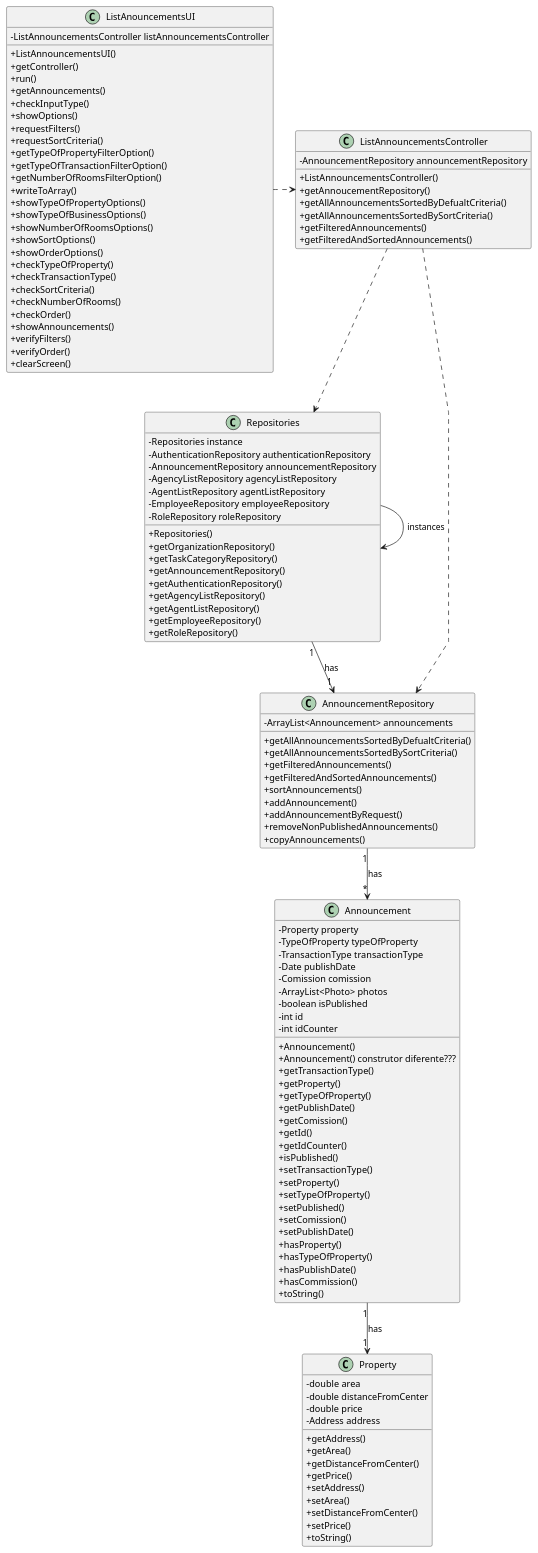
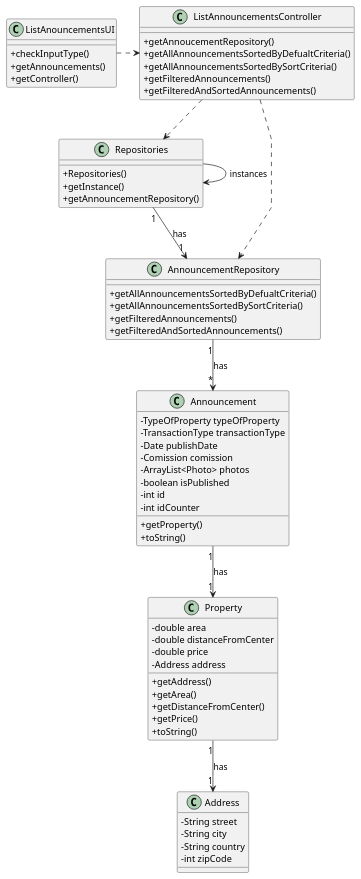
One commit to Goncalves2525/real-estate-management-system changed the diagram in docs/sprintB/global-artifacts/03.design/puml/class-diagram.puml. Above: the diagram before and after it, drawn with PlantUML. The commit also changed 20 other files, not shown here.

Commit message:
Finished tests for AnnouncementRepository and made modifications to design

```diff
--- a/docs/sprintB/global-artifacts/03.design/puml/class-diagram.puml
+++ b/docs/sprintB/global-artifacts/03.design/puml/class-diagram.puml
@@ -1,152 +1,87 @@
 @startuml
 'skinparam monochrome true
 skinparam packageStyle rectangle
 skinparam shadowing false
 skinparam linetype polyline
 'skinparam linetype orto
 
 skinparam classAttributeIconSize 0
 
 'left to right directio
 class Property{
-    - double area
-    - double distanceFromCenter
-    - double price
-    - Address address
-    + getAddress()
-    + getArea()
-    + getDistanceFromCenter()
-    + getPrice()
-    + setAddress()
-    + setArea()
-    + setDistanceFromCenter()
-    + setPrice()
-    + toString()
+      - double area
+      - double distanceFromCenter
+      - double price
+      - Address address
+      + getAddress()
+      + getArea()
+      + getDistanceFromCenter()
+      + getPrice()
+      + toString()
 }
 
 class Announcement {
-    - Property property
-    - TypeOfProperty typeOfProperty
-    - TransactionType transactionType
-    - Date publishDate
-    - Comission comission
-    - ArrayList<Photo> photos
-    - boolean isPublished
-    - int id
-    - int idCounter
-    + Announcement()
-    + Announcement() construtor diferente???
-    + getTransactionType()
-    + getProperty()
-    + getTypeOfProperty()
-    + getPublishDate()
-    + getComission()
-    + getId()
-    + getIdCounter()
-    + isPublished()
-    + setTransactionType()
-    + setProperty()
-    + setTypeOfProperty()
-    + setPublished()
-    + setComission()
-    + setPublishDate()
-    + hasProperty()
-    + hasTypeOfProperty()
-    + hasPublishDate()
-    + hasCommission()
-    +toString()
-
-
+   - TypeOfProperty typeOfProperty
+   - TransactionType transactionType
+   - Date publishDate
+   - Comission comission
+   - ArrayList<Photo> photos
+   - boolean isPublished
+   - int id
+   - int idCounter
+   + getProperty()
+   + toString()
 }
 
 class AnnouncementRepository {
-    - ArrayList<Announcement> announcements
-    +getAllAnnouncementsSortedByDefualtCriteria()
-    +getAllAnnouncementsSortedBySortCriteria()
-    +getFilteredAnnouncements()
-    +getFilteredAndSortedAnnouncements()
-    +sortAnnouncements()
-    +addAnnouncement()
-    +addAnnouncementByRequest()
-    +removeNonPublishedAnnouncements()
-    +copyAnnouncements()
-}
-
-class Repositories {
-    - Repositories instance
-    - AuthenticationRepository authenticationRepository
-    - AnnouncementRepository announcementRepository
-    - AgencyListRepository agencyListRepository
-    - AgentListRepository agentListRepository
-    - EmployeeRepository employeeRepository
-    - RoleRepository roleRepository
-    +Repositories()
-    +getOrganizationRepository()
-    +getTaskCategoryRepository()
-    +getAnnouncementRepository()
-    +getAuthenticationRepository()
-    +getAgencyListRepository()
-    +getAgentListRepository()
-    +getEmployeeRepository()
-    +getRoleRepository()
-}
-
-class ListAnnouncementsController {
-    - AnnouncementRepository announcementRepository
-    +ListAnnouncementsController()
-    +getAnnoucementRepository()
     +getAllAnnouncementsSortedByDefualtCriteria()
     +getAllAnnouncementsSortedBySortCriteria()
     +getFilteredAnnouncements()
     +getFilteredAndSortedAnnouncements()
 }
 
+class Repositories {
+    +Repositories()
+    +getInstance()
+    +getAnnouncementRepository()
+}
+
+class ListAnnouncementsController {
+     +getAnnoucementRepository()
+     +getAllAnnouncementsSortedByDefualtCriteria()
+     +getAllAnnouncementsSortedBySortCriteria()
+     +getFilteredAnnouncements()
+     +getFilteredAndSortedAnnouncements()
+}
+
 class ListAnouncementsUI {
--ListAnnouncementsController listAnnouncementsController
-+ListAnnouncementsUI()
-+getController()
-+run()
-+getAnnouncements()
-+checkInputType()
-+showOptions()
-+requestFilters()
-+requestSortCriteria()
-+getTypeOfPropertyFilterOption()
-+getTypeOfTransactionFilterOption()
-+getNumberOfRoomsFilterOption()
-+writeToArray()
-+showTypeOfPropertyOptions()
-+showTypeOfBusinessOptions()
-+showNumberOfRoomsOptions()
-+showSortOptions()
-+showOrderOptions()
-+checkTypeOfProperty()
-+checkTransactionType()
-+checkSortCriteria()
-+checkNumberOfRooms()
-+checkOrder()
-+showAnnouncements()
-+verifyFilters()
-+verifyOrder()
-+clearScreen()
+    +checkInputType()
+    +getAnnouncements()
+    +getController()
+}
 
-
-
+class Address{
+    - String street
+    - String city
+    - String country
+    - int zipCode
 }
 
 Repositories -> Repositories : instances
 
 ListAnouncementsUI .> ListAnnouncementsController
 
 ListAnnouncementsController ..> Repositories
 
 Repositories "1" --> "1" AnnouncementRepository : has
 
 ListAnnouncementsController ..> AnnouncementRepository
 
 AnnouncementRepository "1" --> "*" Announcement : has
 
 Announcement "1" --> "1" Property : has
 
+Property "1" --> "1" Address : has
+
 
 @enduml
```
